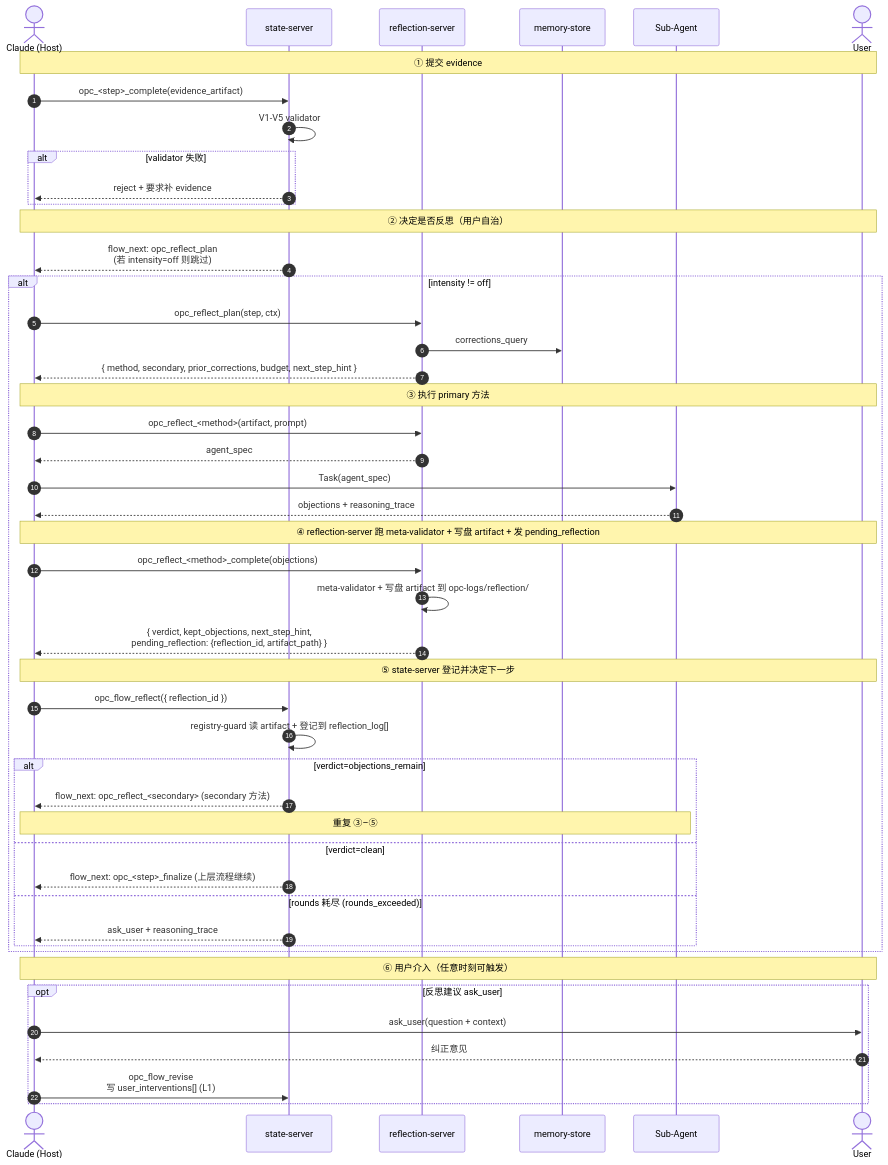
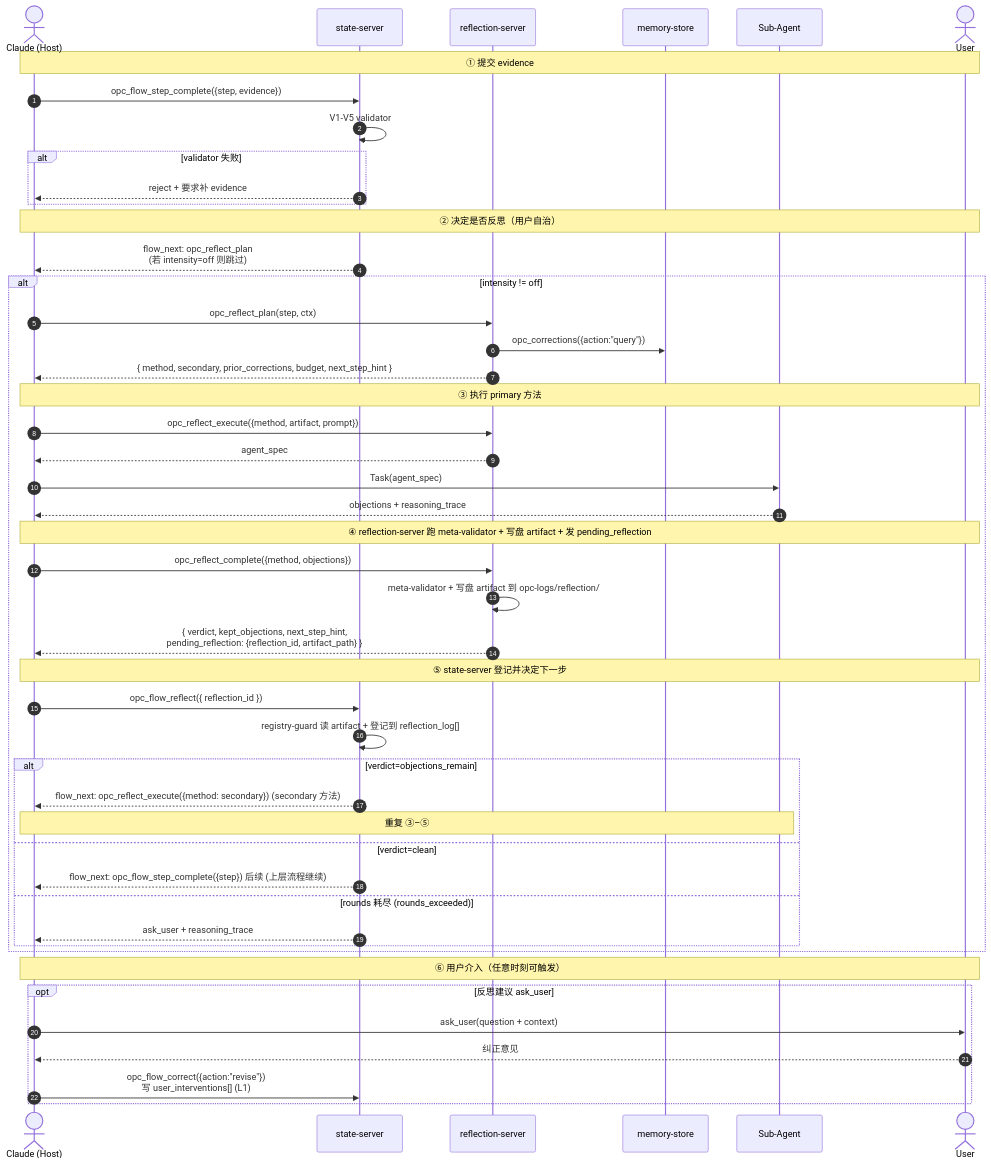
The first of 3 diagrams in doc/feature/05-opc-reflection-server/04-reflection-flow/00_overview.md (CaffeineOddity/opc-marketplace), drawn with Mermaid before and after one commit. The commit also changed other lines of this file and 16 other files, not shown here.

````diff
--- a/doc/feature/05-opc-reflection-server/04-reflection-flow/00_overview.md
+++ b/doc/feature/05-opc-reflection-server/04-reflection-flow/00_overview.md
@@ -13,56 +13,56 @@
 ```mermaid
 sequenceDiagram
     autonumber
     actor C as Claude (Host)
     participant SS as state-server
     participant RS as reflection-server
     participant MS as memory-store
     participant A as Sub-Agent
     actor U as User
 
     Note over C,U: ① 提交 evidence
-    C->>SS: opc_<step>_complete(evidence_artifact)
+    C->>SS: opc_flow_step_complete({step, evidence})
     SS->>SS: V1-V5 validator
     alt validator 失败
         SS-->>C: reject + 要求补 evidence
     end
 
     Note over C,U: ② 决定是否反思（用户自治）
     SS-->>C: flow_next: opc_reflect_plan<br/>(若 intensity=off 则跳过)
 
     alt intensity != off
         C->>RS: opc_reflect_plan(step, ctx)
-        RS->>MS: corrections_query
+        RS->>MS: opc_corrections({action:"query"})
         RS-->>C: { method, secondary, prior_corrections, budget, next_step_hint }
 
         Note over C,U: ③ 执行 primary 方法
-        C->>RS: opc_reflect_<method>(artifact, prompt)
+        C->>RS: opc_reflect_execute({method, artifact, prompt})
         RS-->>C: agent_spec
         C->>A: Task(agent_spec)
         A-->>C: objections + reasoning_trace
 
         Note over C,U: ④ reflection-server 跑 meta-validator + 写盘 artifact + 发 pending_reflection
-        C->>RS: opc_reflect_<method>_complete(objections)
+        C->>RS: opc_reflect_complete({method, objections})
         RS->>RS: meta-validator + 写盘 artifact 到 opc-logs/reflection/
         RS-->>C: { verdict, kept_objections, next_step_hint,<br/>pending_reflection: {reflection_id, artifact_path} }
 
         Note over C,U: ⑤ state-server 登记并决定下一步
         C->>SS: opc_flow_reflect({ reflection_id })
         SS->>SS: registry-guard 读 artifact + 登记到 reflection_log[]
         alt verdict=objections_remain
-            SS-->>C: flow_next: opc_reflect_<secondary> (secondary 方法)
+            SS-->>C: flow_next: opc_reflect_execute({method: secondary}) (secondary 方法)
             Note over C,A: 重复 ③–⑤
         else verdict=clean
-            SS-->>C: flow_next: opc_<step>_finalize (上层流程继续)
+            SS-->>C: flow_next: opc_flow_step_complete({step}) 后续 (上层流程继续)
         else rounds 耗尽 (rounds_exceeded)
             SS-->>C: ask_user + reasoning_trace
         end
     end
 
     Note over C,U: ⑥ 用户介入（任意时刻可触发）
     opt 反思建议 ask_user
         C->>U: ask_user(question + context)
         U-->>C: 纠正意见
-        C->>SS: opc_flow_revise<br/>写 user_interventions[] (L1)
+        C->>SS: opc_flow_correct({action:"revise"})<br/>写 user_interventions[] (L1)
     end
 ```
````
